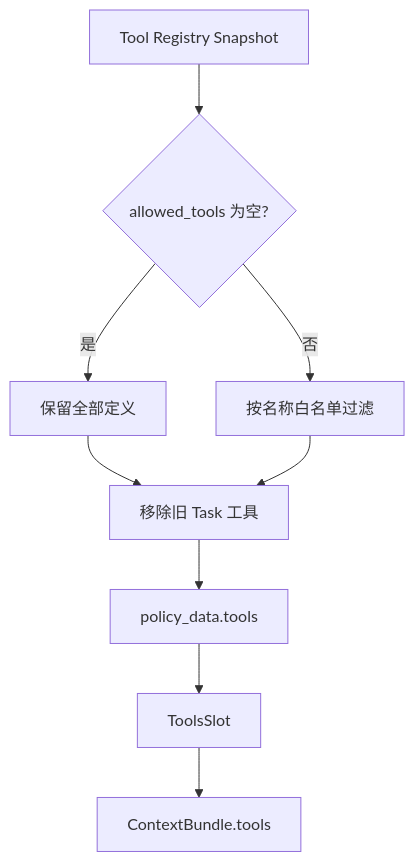
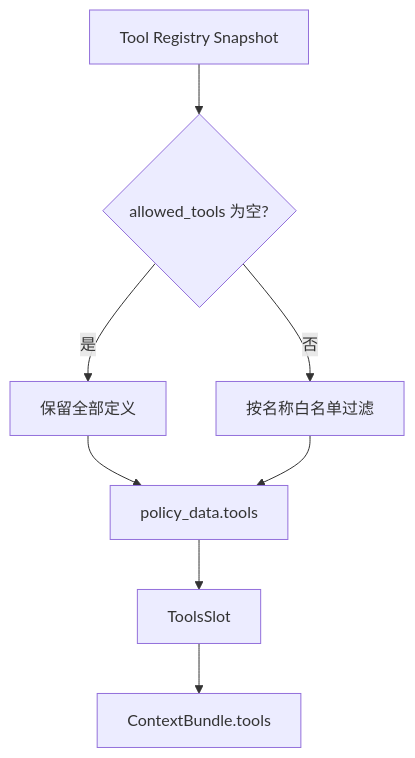
Before and after one commit to aandbcct/dotClaw: diagram 11 of 19 in docs/wiki/Agent 与 Identity 模块总体说明.md, drawn with Mermaid. The commit also changed other lines of this file and 25 other files, not shown here.

````diff
--- a/docs/wiki/Agent 与 Identity 模块总体说明.md
+++ b/docs/wiki/Agent 与 Identity 模块总体说明.md
@@ -1264,11 +1257,10 @@
 ```mermaid
 flowchart TD
     Registry["Tool Registry Snapshot"] --> Allowed{"allowed_tools 为空?"}
     Allowed -->|是| All["保留全部定义"]
     Allowed -->|否| Filter["按名称白名单过滤"]
-    All --> Legacy["移除旧 Task 工具"]
-    Filter --> Legacy
-    Legacy --> Snapshot["policy_data.tools"]
+    All --> Snapshot["policy_data.tools"]
+    Filter --> Snapshot
     Snapshot --> Context["ToolsSlot"]
     Context --> LLM["ContextBundle.tools"]
 ```
````
